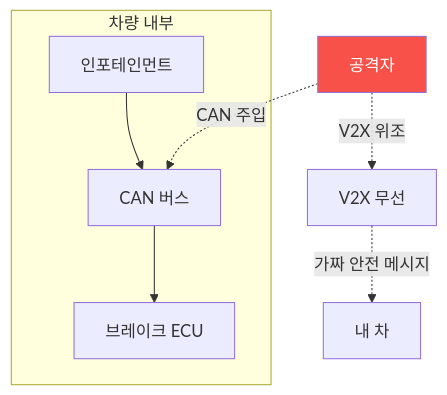
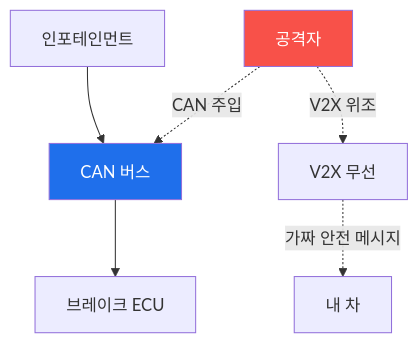
Before and after one commit to mrgrit/tw2: the diagram in contents/training/autonomous-systems/lecture_week12.md, drawn with Mermaid. The commit also changed other lines of this file, not shown here.

First line of the commit message:
docs(autonomous-systems): W12 강의 교재 보강 — V2X/자동차(CAN·V2X)

````diff
--- a/contents/training/autonomous-systems/lecture_week12.md
+++ b/contents/training/autonomous-systems/lecture_week12.md
@@ -55,11 +54,10 @@
 ```mermaid
 graph TD
-    subgraph 차량 내부
     I["인포테인먼트"] --> CAN["CAN 버스"]
     CAN --> B["브레이크 ECU"]
-    end
-    V2X["V2X 무선"] -.가짜 안전 메시지.-> CAR["내 차"]
-    ATK["공격자"] -.CAN 주입.-> CAN
-    ATK -.V2X 위조.-> V2X
+    V2X["V2X 무선"] -. "가짜 안전 메시지" .-> CAR["내 차"]
+    ATK["공격자"] -. "CAN 주입" .-> CAN
+    ATK -. "V2X 위조" .-> V2X
     style ATK fill:#f85149,color:#fff
+    style CAN fill:#1f6feb,color:#fff
 ```
````
